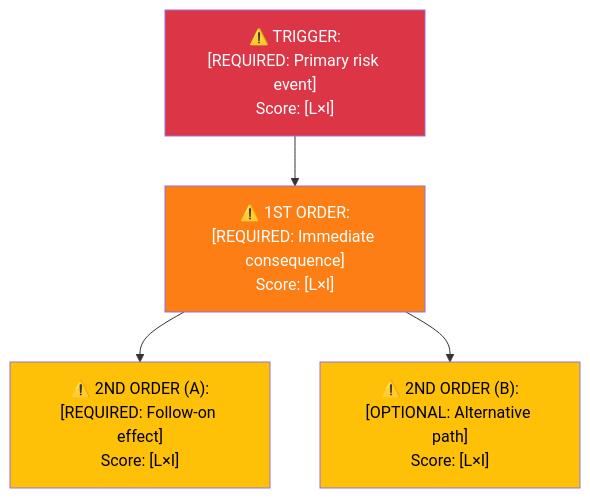
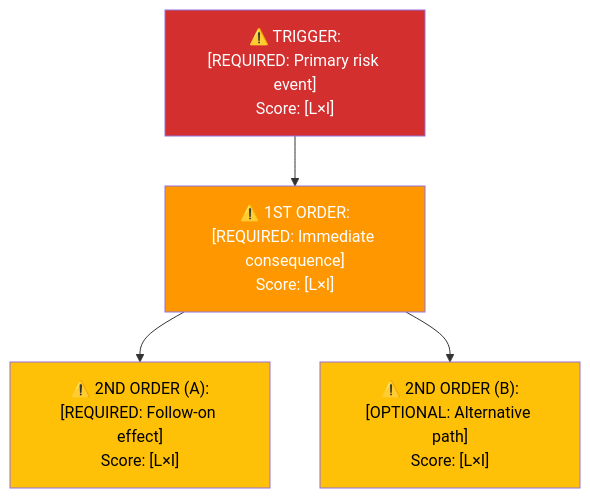
The third of 4 diagrams in analysis/templates/risk-assessment.md (Hack23/riksdagsmonitor), drawn with Mermaid before and after one commit. The commit also changed other lines of this file and 14 other files, not shown here.

First line of the commit message:
Align analysis/ mermaid diagrams with ISMS Style Guide palette and convert SWOT to quadrantChart

````diff
--- a/analysis/templates/risk-assessment.md
+++ b/analysis/templates/risk-assessment.md
@@ -276,12 +276,12 @@
 ```mermaid
 flowchart TD
     TRIGGER["⚠️ TRIGGER:<br/>[REQUIRED: Primary risk event]<br/>Score: [L×I]"]
     TRIGGER --> FIRST["⚠️ 1ST ORDER:<br/>[REQUIRED: Immediate consequence]<br/>Score: [L×I]"]
     FIRST --> SECOND_A["⚠️ 2ND ORDER (A):<br/>[REQUIRED: Follow-on effect]<br/>Score: [L×I]"]
     FIRST --> SECOND_B["⚠️ 2ND ORDER (B):<br/>[OPTIONAL: Alternative path]<br/>Score: [L×I]"]
 
-    style TRIGGER fill:#dc3545,color:#fff
-    style FIRST fill:#fd7e14,color:#fff
-    style SECOND_A fill:#ffc107,color:#000
-    style SECOND_B fill:#ffc107,color:#000
+    style TRIGGER fill:#D32F2F,color:#FFFFFF
+    style FIRST fill:#FF9800,color:#FFFFFF
+    style SECOND_A fill:#FFC107,color:#000000
+    style SECOND_B fill:#FFC107,color:#000000
 ```
````
